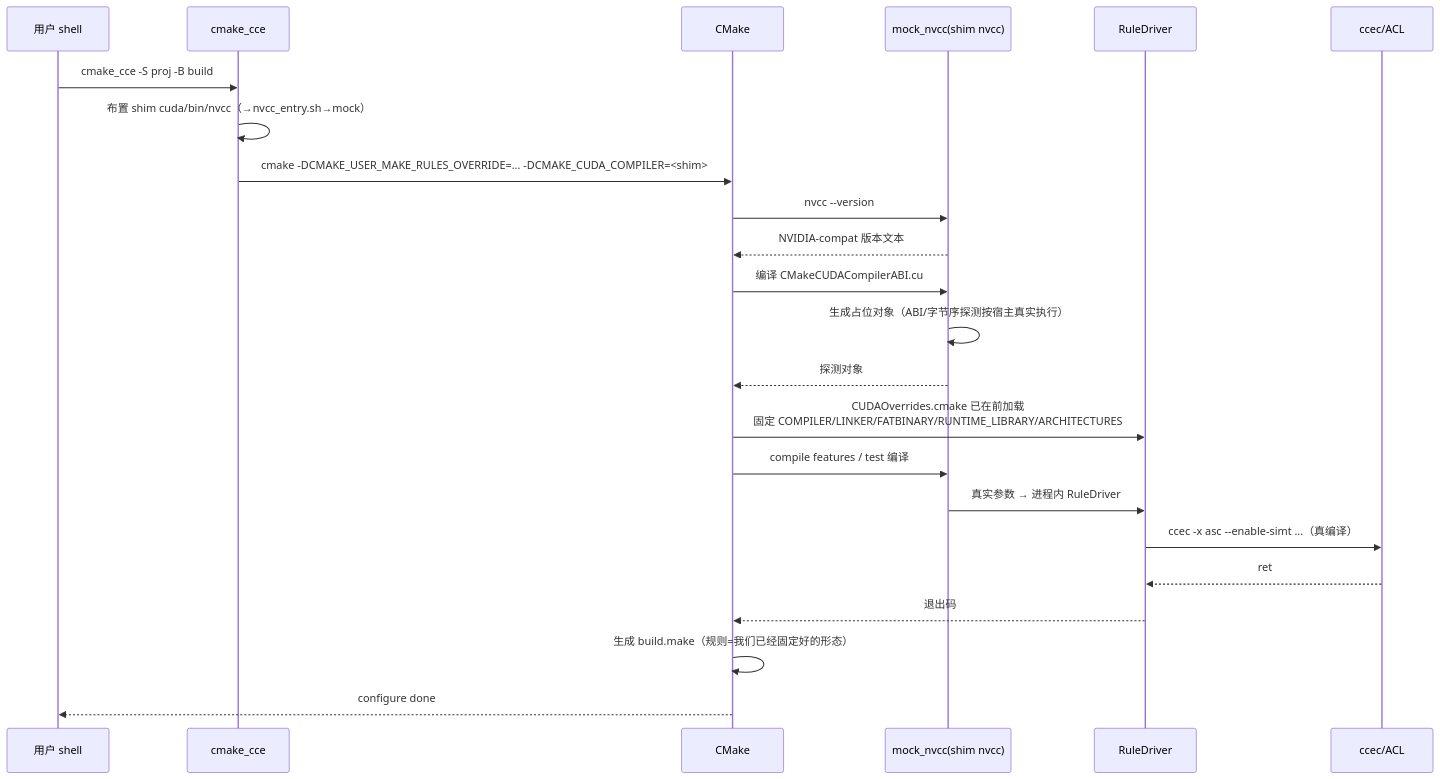
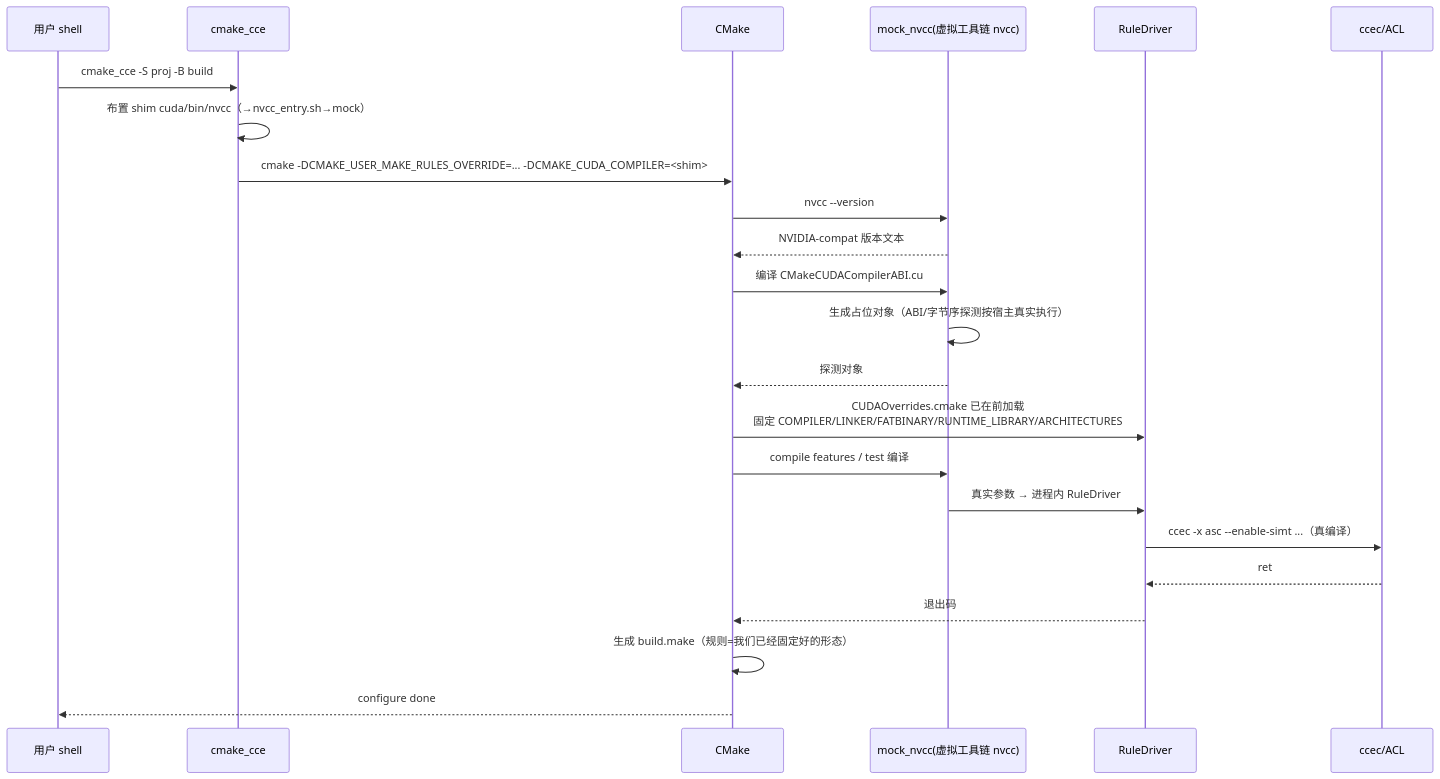
One commit to tmchao7/cu2cce-bridge changed the second of 2 diagrams in docs/01_架构设计/06_cmake_principle_flow.md. Above: the diagram before and after it, drawn with Mermaid. The commit also changed other lines of this file and 29 other files, not shown here.

````diff
--- a/docs/01_架构设计/06_cmake_principle_flow.md
+++ b/docs/01_架构设计/06_cmake_principle_flow.md
@@ -105,26 +105,26 @@
 ```mermaid
 sequenceDiagram
     participant U as 用户 shell
     participant W as cmake_cce
     participant C as CMake
-    participant M as mock_nvcc(shim nvcc)
+    participant M as mock_nvcc(虚拟工具链 nvcc)
     participant D as RuleDriver
     participant X as ccec/ACL
 
     U->>W: cmake_cce -S proj -B build
     W->>W: 布置 shim cuda/bin/nvcc（→nvcc_entry.sh→mock）
     W->>C: cmake -DCMAKE_USER_MAKE_RULES_OVERRIDE=... -DCMAKE_CUDA_COMPILER=<shim>
     C->>M: nvcc --version
     M-->>C: NVIDIA-compat 版本文本
     C->>M: 编译 CMakeCUDACompilerABI.cu
     M->>M: 生成占位对象（ABI/字节序探测按宿主真实执行）
     M-->>C: 探测对象
     C->>D: CUDAOverrides.cmake 已在前加载<br/>固定 COMPILER/LINKER/FATBINARY/RUNTIME_LIBRARY/ARCHITECTURES
     C->>M: compile features / test 编译
     M->>D: 真实参数 → 进程内 RuleDriver
     D->>X: ccec -x asc --enable-simt ...（真编译）
     X-->>D: ret
     D-->>C: 退出码
     C->>C: 生成 build.make（规则=我们已经固定好的形态）
     C-->>U: configure done
 ```
````
